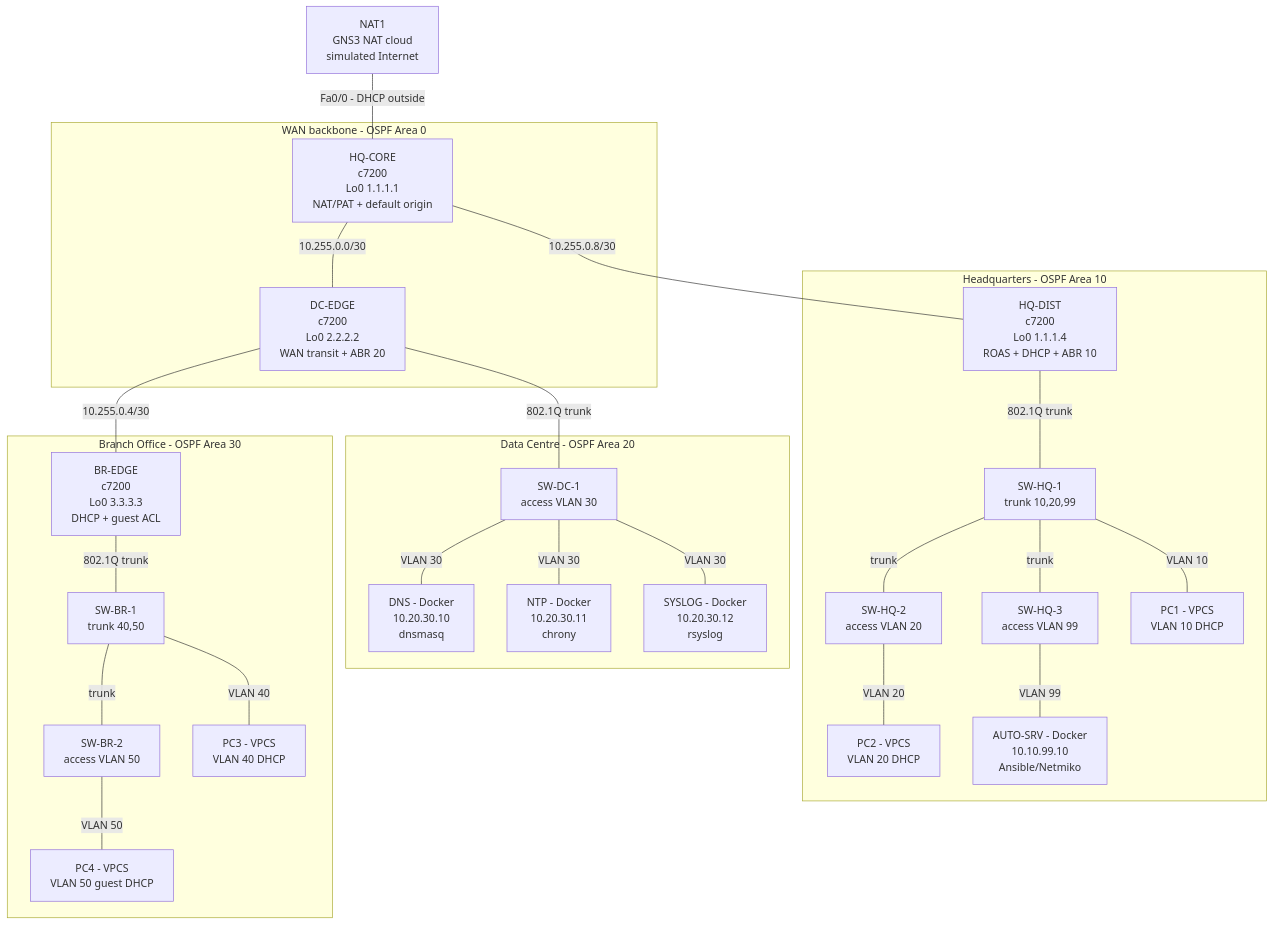
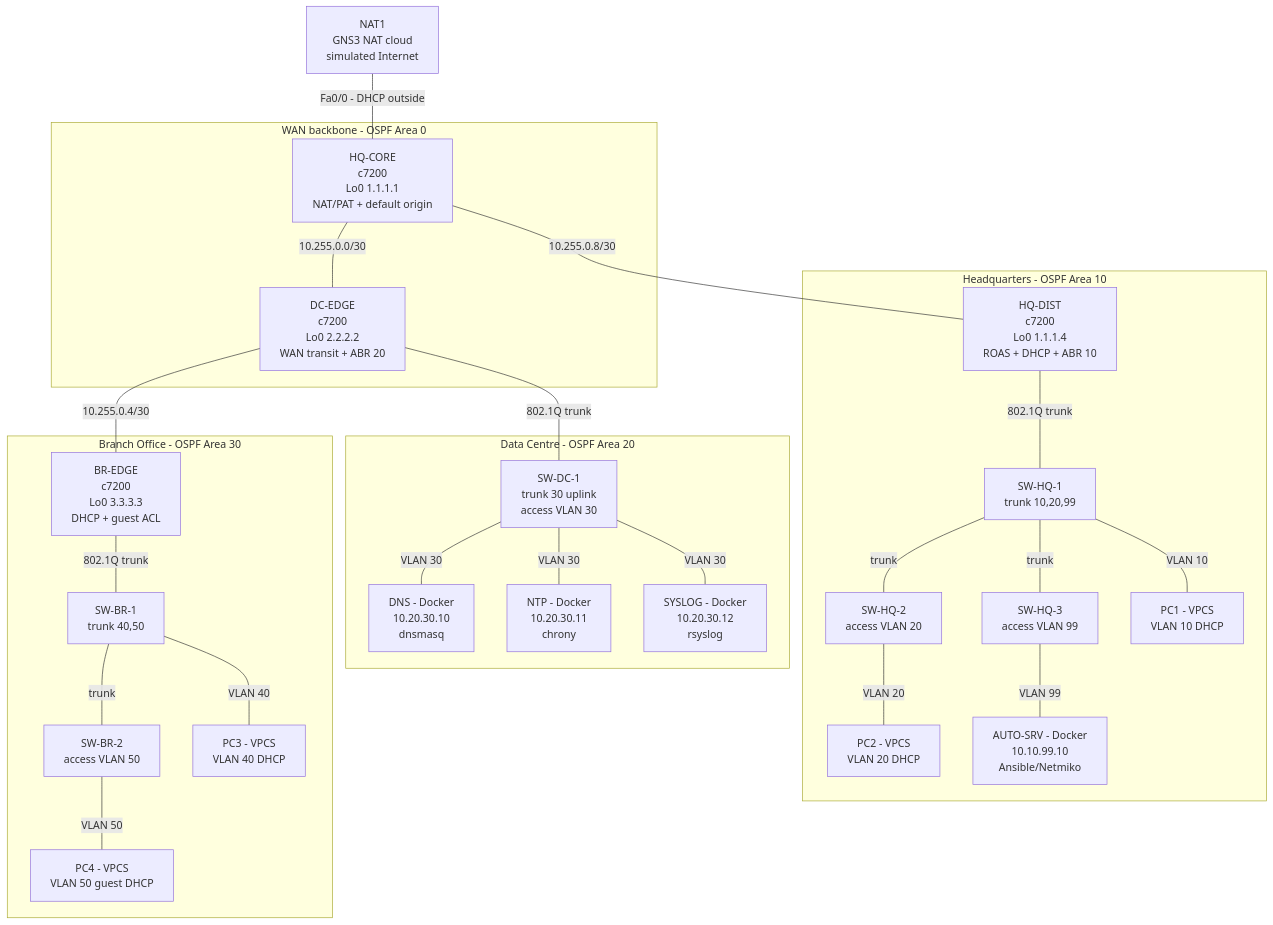
Before and after one commit to Ishanuprety/MN521-PartA: the diagram in docs/TOPOLOGY.md, drawn with Mermaid.

Commit message:
docs: clarify SW-DC-1 role label in the topology diagram

````diff
--- a/docs/TOPOLOGY.md
+++ b/docs/TOPOLOGY.md
@@ -35,56 +35,56 @@
 ```mermaid
 graph TB
     INET["NAT1<br/>GNS3 NAT cloud<br/>simulated Internet"]
 
     subgraph BB["WAN backbone - OSPF Area 0"]
         HQCORE["HQ-CORE<br/>c7200<br/>Lo0 1.1.1.1<br/>NAT/PAT + default origin"]
         DCEDGE["DC-EDGE<br/>c7200<br/>Lo0 2.2.2.2<br/>WAN transit + ABR 20"]
     end
 
     subgraph HQ["Headquarters - OSPF Area 10"]
         HQDIST["HQ-DIST<br/>c7200<br/>Lo0 1.1.1.4<br/>ROAS + DHCP + ABR 10"]
         SWHQ1["SW-HQ-1<br/>trunk 10,20,99"]
         SWHQ2["SW-HQ-2<br/>access VLAN 20"]
         SWHQ3["SW-HQ-3<br/>access VLAN 99"]
         PC1["PC1 - VPCS<br/>VLAN 10 DHCP"]
         PC2["PC2 - VPCS<br/>VLAN 20 DHCP"]
         AUTO["AUTO-SRV - Docker<br/>10.10.99.10<br/>Ansible/Netmiko"]
     end
 
     subgraph DC["Data Centre - OSPF Area 20"]
-        SWDC1["SW-DC-1<br/>access VLAN 30"]
+        SWDC1["SW-DC-1<br/>trunk 30 uplink<br/>access VLAN 30"]
         DNS["DNS - Docker<br/>10.20.30.10<br/>dnsmasq"]
         NTP["NTP - Docker<br/>10.20.30.11<br/>chrony"]
         SYSLOG["SYSLOG - Docker<br/>10.20.30.12<br/>rsyslog"]
     end
 
     subgraph BR["Branch Office - OSPF Area 30"]
         BREDGE["BR-EDGE<br/>c7200<br/>Lo0 3.3.3.3<br/>DHCP + guest ACL"]
         SWBR1["SW-BR-1<br/>trunk 40,50"]
         SWBR2["SW-BR-2<br/>access VLAN 50"]
         PC3["PC3 - VPCS<br/>VLAN 40 DHCP"]
         PC4["PC4 - VPCS<br/>VLAN 50 guest DHCP"]
     end
 
     INET ---|"Fa0/0 - DHCP outside"| HQCORE
     HQCORE ---|"10.255.0.0/30"| DCEDGE
     HQCORE ---|"10.255.0.8/30"| HQDIST
     DCEDGE ---|"10.255.0.4/30"| BREDGE
 
     HQDIST ---|"802.1Q trunk"| SWHQ1
     SWHQ1 ---|"VLAN 10"| PC1
     SWHQ1 ---|"trunk"| SWHQ2
     SWHQ1 ---|"trunk"| SWHQ3
     SWHQ2 ---|"VLAN 20"| PC2
     SWHQ3 ---|"VLAN 99"| AUTO
 
     DCEDGE ---|"802.1Q trunk"| SWDC1
     SWDC1 ---|"VLAN 30"| DNS
     SWDC1 ---|"VLAN 30"| NTP
     SWDC1 ---|"VLAN 30"| SYSLOG
 
     BREDGE ---|"802.1Q trunk"| SWBR1
     SWBR1 ---|"VLAN 40"| PC3
     SWBR1 ---|"trunk"| SWBR2
     SWBR2 ---|"VLAN 50"| PC4
 ```
````
